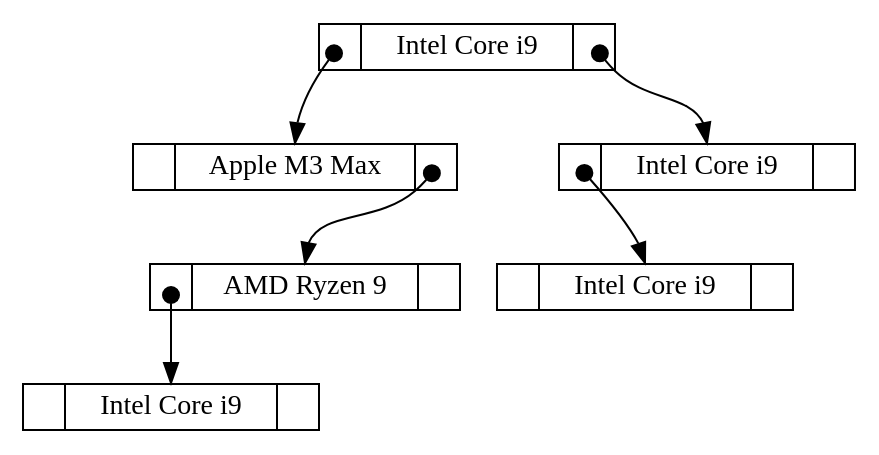
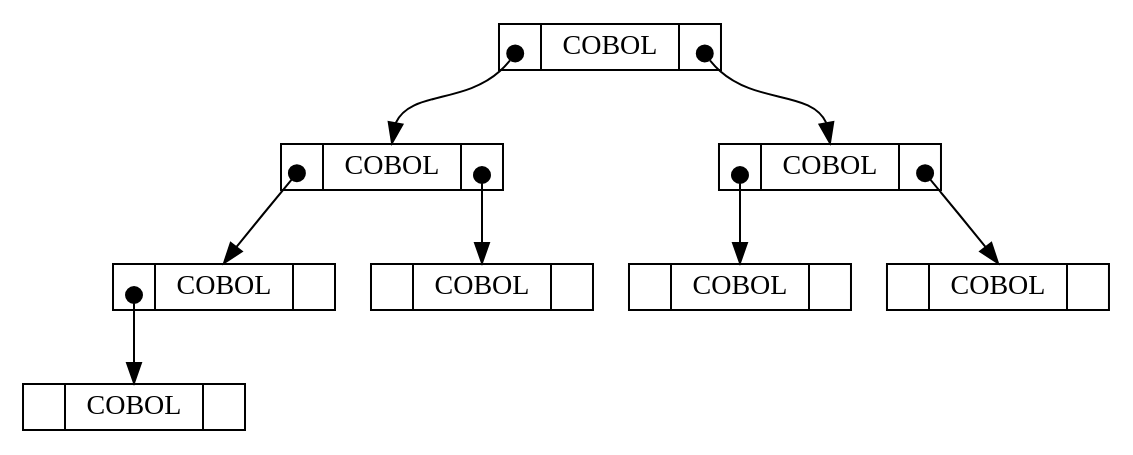
The diagram in exemples/visualise.dot (MunMaks/les-arbres-binaires-saage), drawn with Graphviz before and after one commit. The commit also changed 18 other files, not shown here.

```diff
--- a/exemples/visualise.dot
+++ b/exemples/visualise.dot
@@ -1,16 +1,20 @@
 digraph arbre{
 	node [ shape = record, height = .1]
 	edge [ tailclip = false , arrowtail = dot, dir = both];
 
-	n0x4a5b2a0 [label="<gauche> | <valeur> Intel Core i9 | <droit>"];
+	n0x4a5b2a0 [label="<gauche> | <valeur> COBOL | <droit>"];
 	n0x4a5b2a0:gauche:c -> n0x4a5b350:valeur;
-	n0x4a5b350 [label="<gauche> | <valeur> Apple M3 Max | <droit>"];
-	n0x4a5b350:droit:c -> n0x4a5b400:valeur;
-	n0x4a5b400 [label="<gauche> | <valeur> AMD Ryzen 9 | <droit>"];
+	n0x4a5b350 [label="<gauche> | <valeur> COBOL | <droit>"];
+	n0x4a5b350:gauche:c -> n0x4a5b400:valeur;
+	n0x4a5b400 [label="<gauche> | <valeur> COBOL | <droit>"];
 	n0x4a5b400:gauche:c -> n0x4a5b4b0:valeur;
-	n0x4a5b4b0 [label="<gauche> | <valeur> Intel Core i9 | <droit>"];
-	n0x4a5b2a0:droit:c -> n0x4a5b560:valeur;
-	n0x4a5b560 [label="<gauche> | <valeur> Intel Core i9 | <droit>"];
-	n0x4a5b560:gauche:c -> n0x4a5b610:valeur;
-	n0x4a5b610 [label="<gauche> | <valeur> Intel Core i9 | <droit>"];
+	n0x4a5b4b0 [label="<gauche> | <valeur> COBOL | <droit>"];
+	n0x4a5b350:droit:c -> n0x4a5b560:valeur;
+	n0x4a5b560 [label="<gauche> | <valeur> COBOL | <droit>"];
+	n0x4a5b2a0:droit:c -> n0x4a5b610:valeur;
+	n0x4a5b610 [label="<gauche> | <valeur> COBOL | <droit>"];
+	n0x4a5b610:gauche:c -> n0x4a5b6c0:valeur;
+	n0x4a5b6c0 [label="<gauche> | <valeur> COBOL | <droit>"];
+	n0x4a5b610:droit:c -> n0x4a5b770:valeur;
+	n0x4a5b770 [label="<gauche> | <valeur> COBOL | <droit>"];
 }
```
